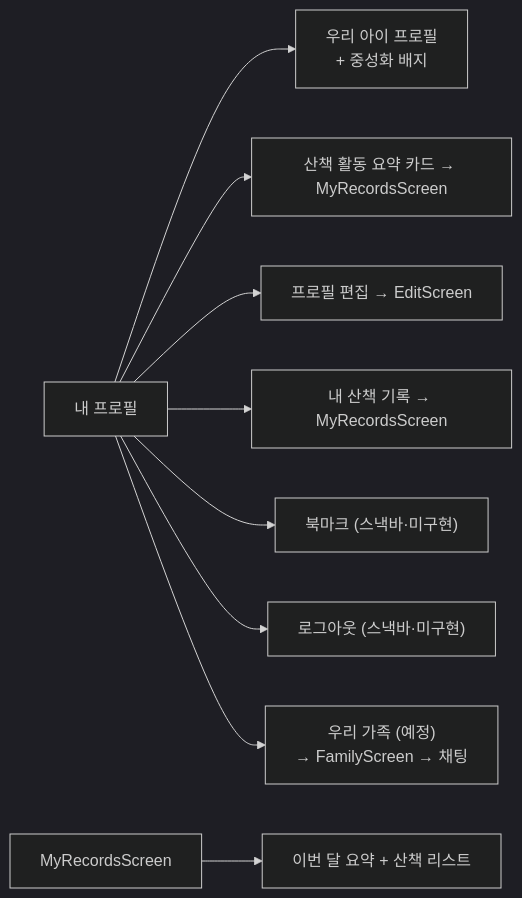
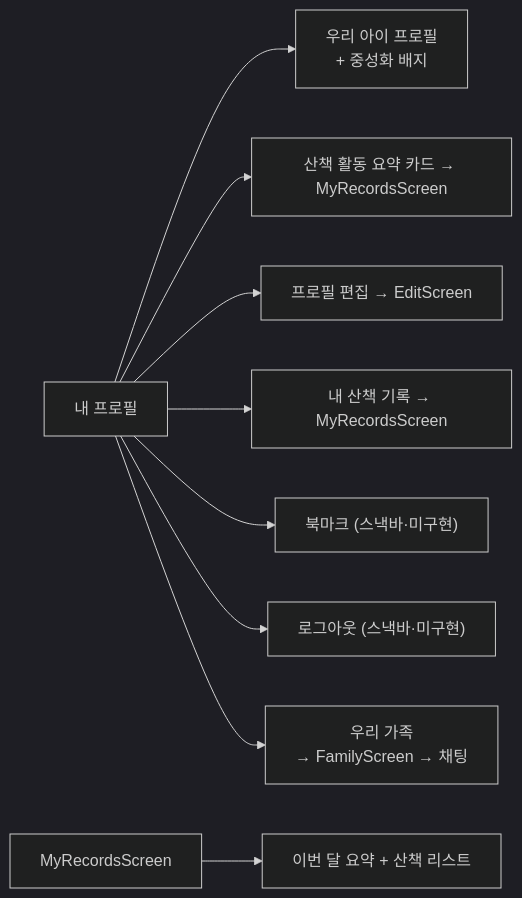
Before and after one commit to sanghyunbang/pawloop: the eighth of 8 diagrams in docs/01-design/information-architecture.md, drawn with Mermaid (dark theme). The commit also changed other lines of this file and 16 other files, not shown here.

````diff
--- a/docs/01-design/information-architecture.md
+++ b/docs/01-design/information-architecture.md
@@ -179,11 +182,11 @@
 ```mermaid
 graph LR
     Me["내 프로필"] --> D["우리 아이 프로필<br/>+ 중성화 배지"]
     Me --> St["산책 활동 요약 카드 → MyRecordsScreen"]
     Me --> M1["프로필 편집 → EditScreen"]
     Me --> M2["내 산책 기록 → MyRecordsScreen"]
     Me --> M3["북마크 (스낵바·미구현)"]
     Me --> M4["로그아웃 (스낵바·미구현)"]
-    Me --> M5["우리 가족 (예정)<br/>→ FamilyScreen → 채팅"]
+    Me --> M5["우리 가족<br/>→ FamilyScreen → 채팅"]
     Records["MyRecordsScreen"] --> Rec1["이번 달 요약 + 산책 리스트"]
 ```
````
